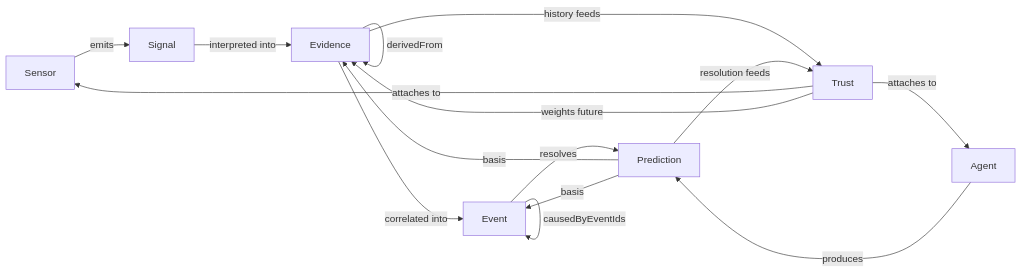
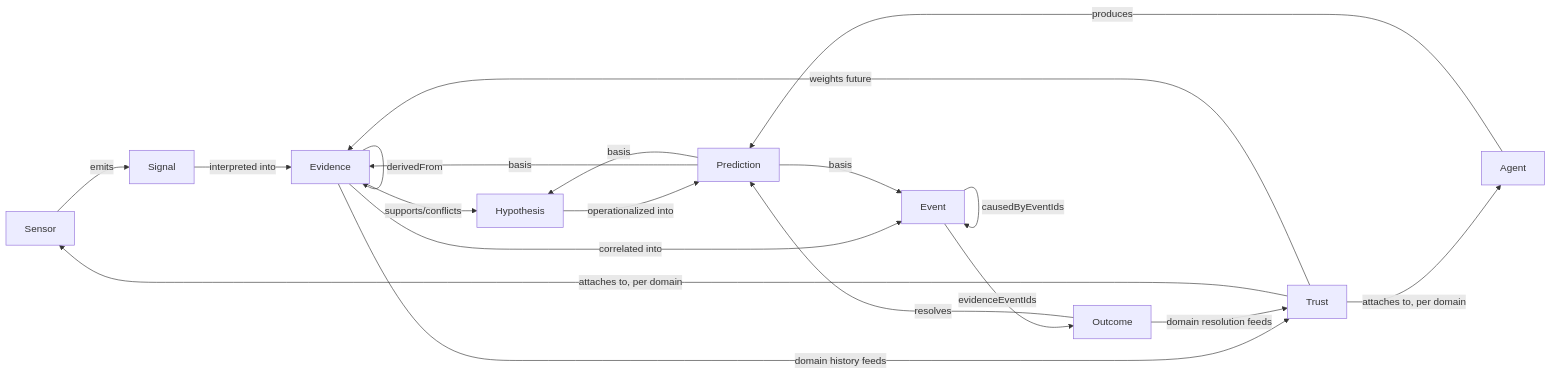
One commit to DinevDecor/DinevDecor.github.io changed the diagram in reality-observatory/docs/ontology.md. Above: the diagram before and after it, drawn with Mermaid. The commit also changed other lines of this file and 33 other files, not shown here.

First line of the commit message:
Extend Reality Observatory with Hypothesis, Outcome, Sensor Registry, Domain Trust, Prediction Lifecycle, Correlation Engine

````diff
--- a/reality-observatory/docs/ontology.md
+++ b/reality-observatory/docs/ontology.md
@@ -20,17 +24,21 @@
 ```mermaid
 flowchart LR
     Sensor -->|emits| Signal
     Signal -->|interpreted into| Evidence
     Evidence -->|derivedFrom| Evidence
+    Evidence -->|supports/conflicts| Hypothesis
     Evidence -->|correlated into| Event
+    Hypothesis -->|operationalized into| Prediction
     Event -->|causedByEventIds| Event
     Agent -->|produces| Prediction
     Prediction -->|basis| Evidence
     Prediction -->|basis| Event
-    Event -->|resolves| Prediction
-    Evidence -->|history feeds| Trust
-    Prediction -->|resolution feeds| Trust
-    Trust -->|attaches to| Sensor
-    Trust -->|attaches to| Agent
+    Prediction -->|basis| Hypothesis
+    Event -->|evidenceEventIds| Outcome
+    Outcome -->|resolves| Prediction
+    Evidence -->|domain history feeds| Trust
+    Outcome -->|domain resolution feeds| Trust
+    Trust -->|attaches to, per domain| Sensor
+    Trust -->|attaches to, per domain| Agent
     Trust -->|weights future| Evidence
 ```
````
